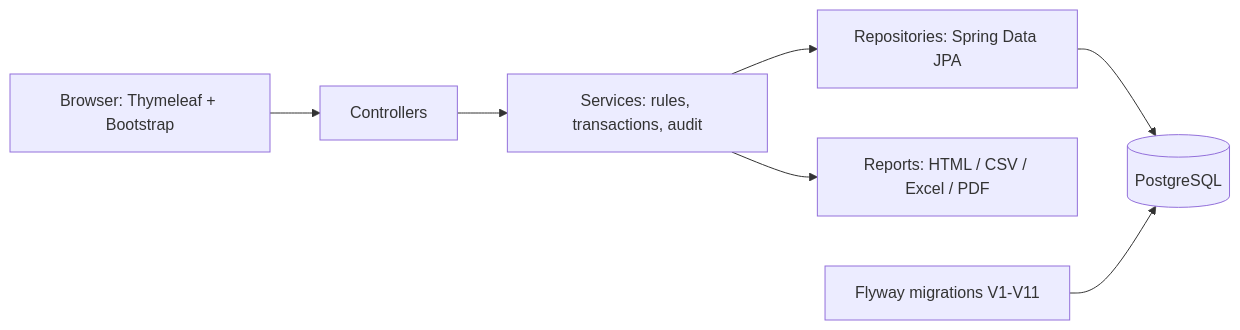
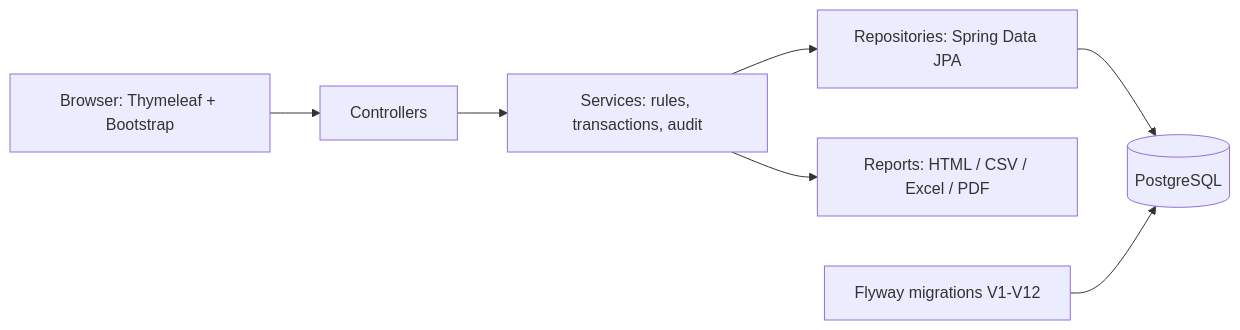
The first of 2 diagrams in docs/DESIGN_NOTE.md (hariharan1731/order-to-audit), drawn with Mermaid before and after one commit. The commit also changed other lines of this file and 2 other files, not shown here.

````diff
--- a/docs/DESIGN_NOTE.md
+++ b/docs/DESIGN_NOTE.md
@@ -10,9 +10,9 @@
 ```mermaid
 flowchart LR
   B[Browser: Thymeleaf + Bootstrap] --> C[Controllers]
   C --> S[Services: rules, transactions, audit]
   S --> R[Repositories: Spring Data JPA]
   R --> D[(PostgreSQL)]
   S --> RP[Reports: HTML / CSV / Excel / PDF]
-  F[Flyway migrations V1-V11] --> D
+  F[Flyway migrations V1-V12] --> D
 ```
````
